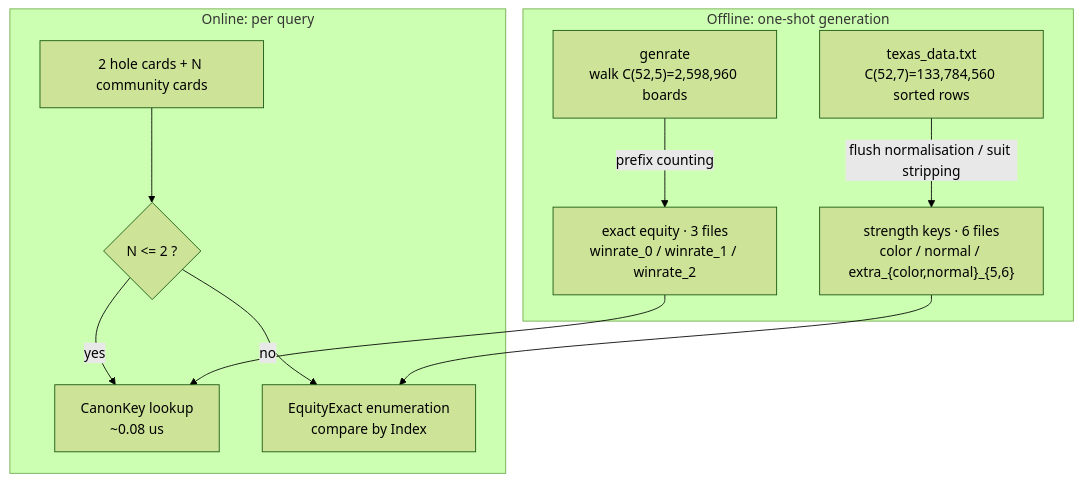
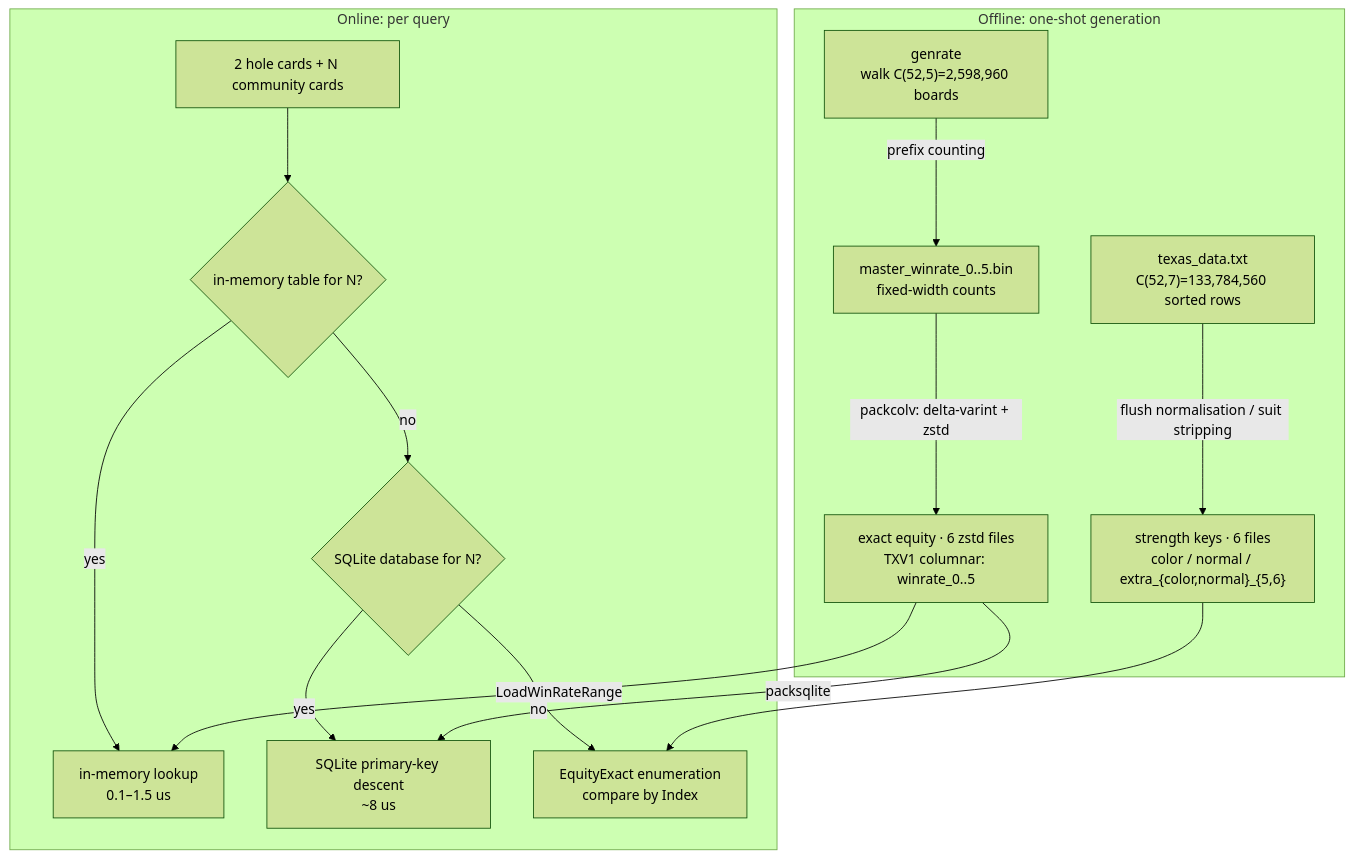
Before and after one commit to esrrhs/texas_algorithm: the first of 3 diagrams in README.md, drawn with Mermaid (forest theme). The commit also changed other lines of this file and 35 other files, not shown here.

First line of the commit message:
feat: ship exact equity through the river with three loading modes

````diff
--- a/README.md
+++ b/README.md
@@ -337,23 +418,30 @@
 ```mermaid
 flowchart TB
     subgraph OFF["Offline: one-shot generation"]
         A["texas_data.txt<br/>C(52,7)=133,784,560 sorted rows"]
         B["strength keys · 6 files<br/>color / normal / extra_{color,normal}_{5,6}"]
         G["genrate<br/>walk C(52,5)=2,598,960 boards"]
-        C["exact equity · 3 files<br/>winrate_0 / winrate_1 / winrate_2"]
+        M["master_winrate_0..5.bin<br/>fixed-width counts"]
+        C["exact equity · 6 zstd files<br/>TXV1 columnar: winrate_0..5"]
         A -->|"flush normalisation / suit stripping"| B
-        G -->|"prefix counting"| C
+        G -->|"prefix counting"| M
+        M -->|"packcolv: delta-varint + zstd"| C
     end
 
     subgraph ON["Online: per query"]
         Q["2 hole cards + N community cards"]
-        D{"N <= 2 ?"}
-        L["CanonKey lookup<br/>~0.08 us"]
+        D{"in-memory table for N?"}
+        S{"SQLite database for N?"}
+        L["in-memory lookup<br/>0.1–1.5 us"]
+        DB["SQLite primary-key descent<br/>~8 us"]
         E["EquityExact enumeration<br/>compare by Index"]
         Q --> D
         D -->|"yes"| L
-        D -->|"no"| E
-        C --> L
+        D -->|"no"| S
+        S -->|"yes"| DB
+        S -->|"no"| E
+        C -->|"LoadWinRateRange"| L
+        C -->|"packsqlite"| DB
         B --> E
     end
 ```
````
